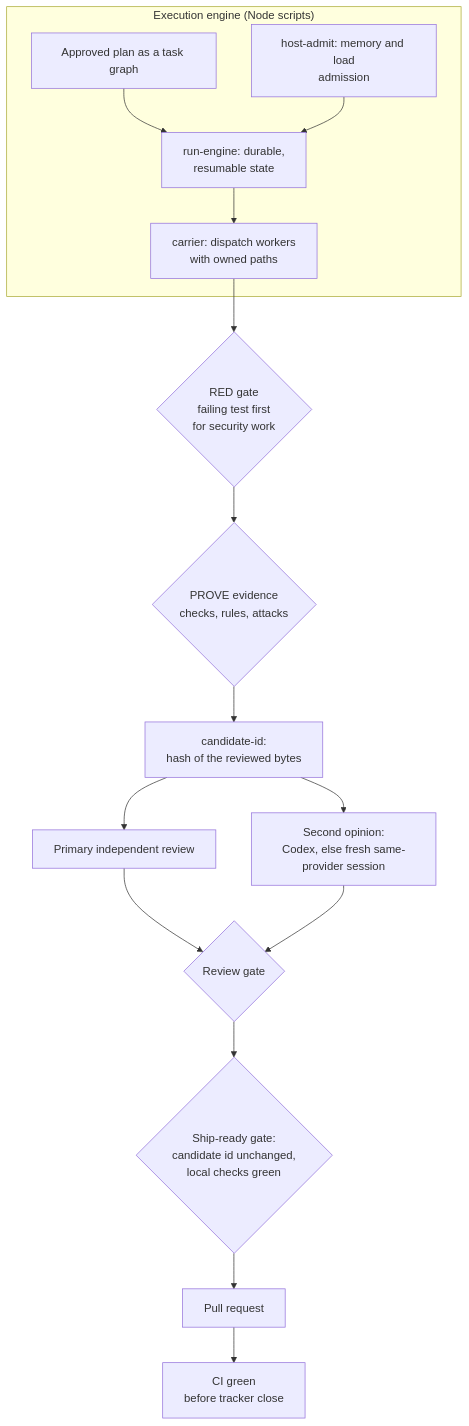
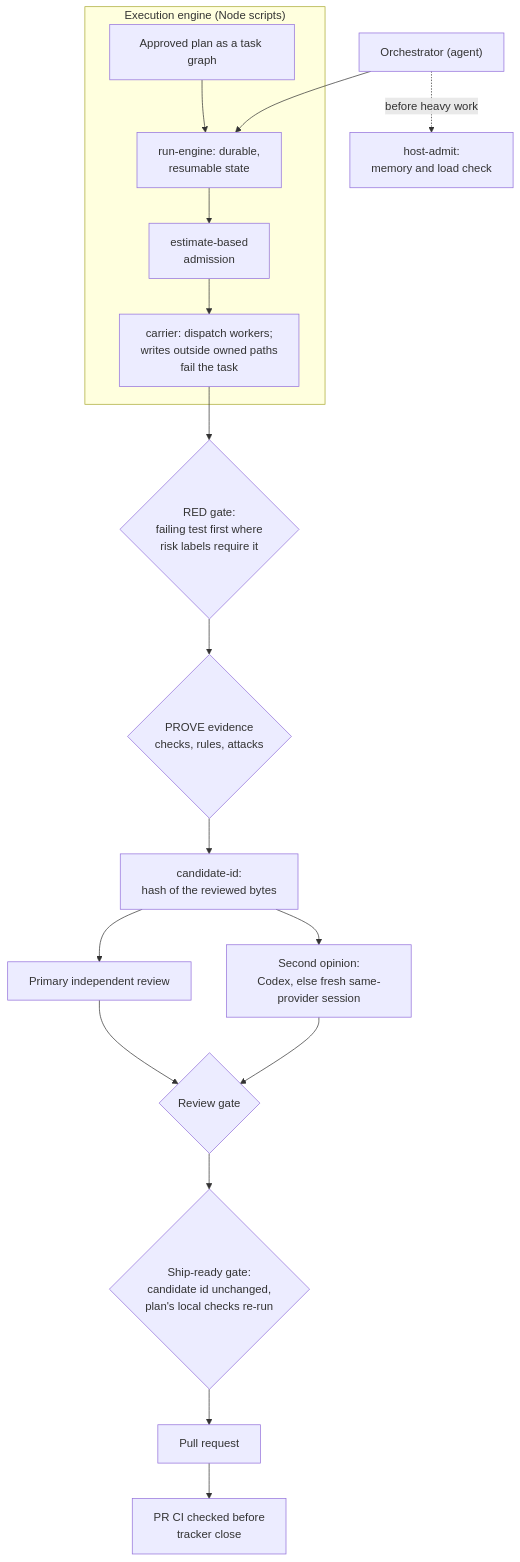
The second of 2 diagrams in README.md (AhmedAbdelfattah0/AI-Skills), drawn with Mermaid before and after one commit. The commit also changed other lines of this file and 19 other files, not shown here.

````diff
--- a/README.md
+++ b/README.md
@@ -56,18 +115,20 @@
 ```mermaid
 flowchart TB
+  ORCH["Orchestrator (agent)"] -. "before heavy work" .-> HOST["host-admit:<br/>memory and load check"]
+  ORCH --> RUN
   subgraph Engine["Execution engine (Node scripts)"]
     DAG["Approved plan as a task graph"] --> RUN["run-engine: durable,<br/>resumable state"]
-    RUN --> CAR["carrier: dispatch workers<br/>with owned paths"]
-    HOST["host-admit: memory and load<br/>admission"] --> RUN
+    RUN --> ADM["estimate-based<br/>admission"]
+    ADM --> CAR["carrier: dispatch workers;<br/>writes outside owned paths<br/>fail the task"]
   end
-  CAR --> G1{"RED gate<br/>failing test first<br/>for security work"}
+  CAR --> G1{"RED gate:<br/>failing test first where<br/>risk labels require it"}
   G1 --> G2{"PROVE evidence<br/>checks, rules, attacks"}
   G2 --> CID["candidate-id:<br/>hash of the reviewed bytes"]
   CID --> PR1["Primary independent review"]
   CID --> PR2["Second opinion:<br/>Codex, else fresh same-provider session"]
   PR1 --> G3{"Review gate"}
   PR2 --> G3
-  G3 --> G4{"Ship-ready gate:<br/>candidate id unchanged,<br/>local checks green"}
+  G3 --> G4{"Ship-ready gate:<br/>candidate id unchanged,<br/>plan's local checks re-run"}
   G4 --> PRN["Pull request"]
-  PRN --> CI["CI green<br/>before tracker close"]
+  PRN --> CI["PR CI checked before<br/>tracker close"]
 ```
````
